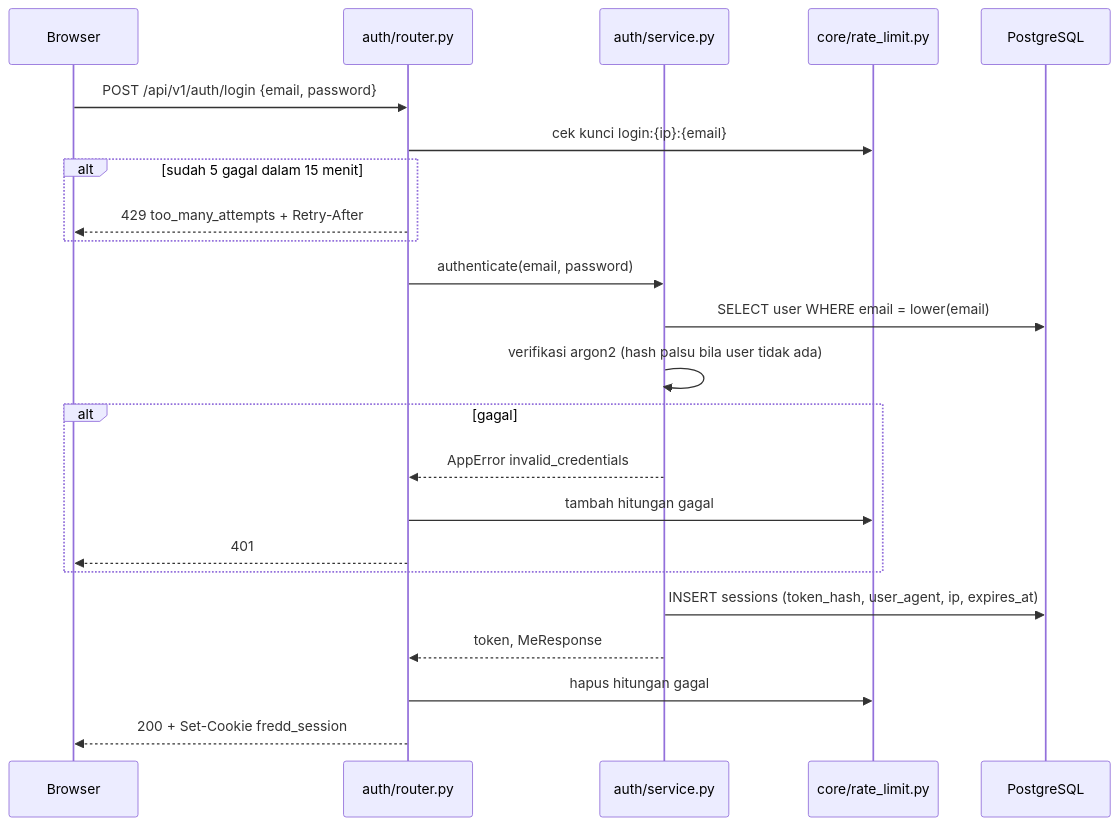
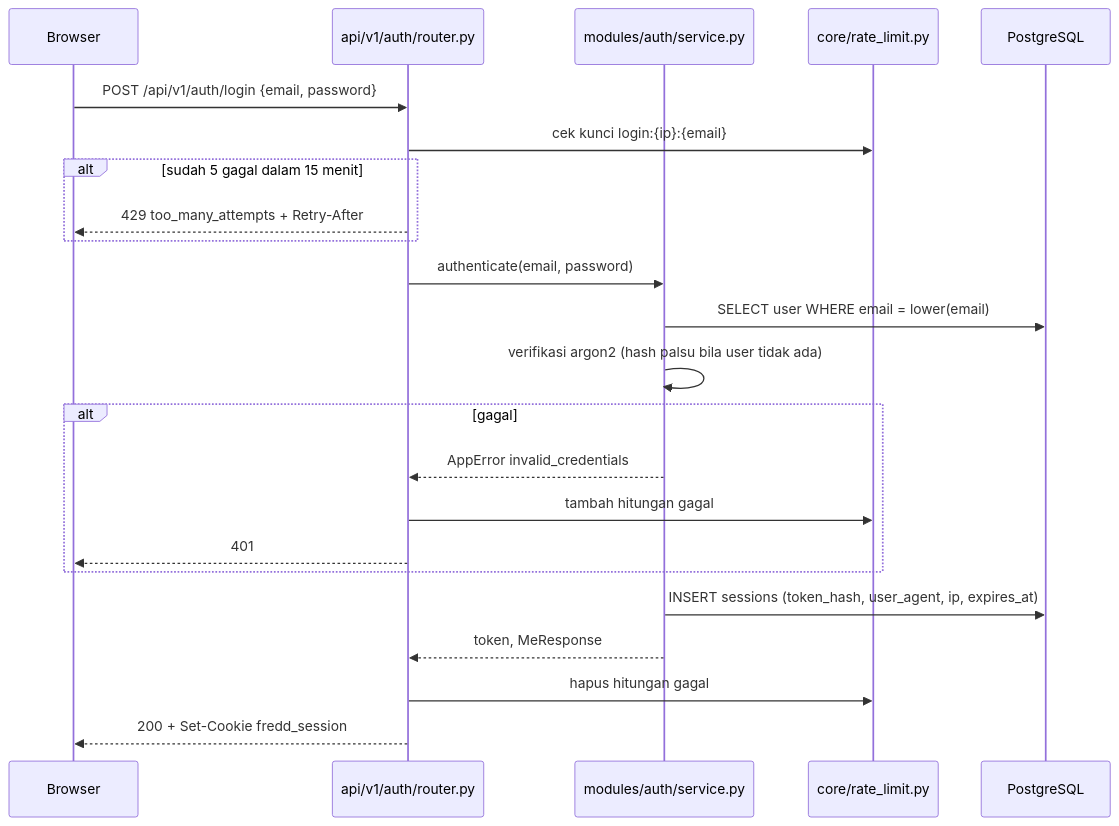
Before and after one commit to indrarasyid07/fredd-backend: the diagram in docs/06-domain-guides/auth.md, drawn with Mermaid. The commit also changed other lines of this file and 8 other files, not shown here.

````diff
--- a/docs/06-domain-guides/auth.md
+++ b/docs/06-domain-guides/auth.md
@@ -100,26 +100,26 @@
 ```mermaid
 sequenceDiagram
   participant B as Browser
-  participant R as auth/router.py
-  participant S as auth/service.py
+  participant R as api/v1/auth/router.py
+  participant S as modules/auth/service.py
   participant L as core/rate_limit.py
   participant D as PostgreSQL
 
   B->>R: POST /api/v1/auth/login {email, password}
   R->>L: cek kunci login:{ip}:{email}
   alt sudah 5 gagal dalam 15 menit
     R-->>B: 429 too_many_attempts + Retry-After
   end
   R->>S: authenticate(email, password)
   S->>D: SELECT user WHERE email = lower(email)
   S->>S: verifikasi argon2 (hash palsu bila user tidak ada)
   alt gagal
     S-->>R: AppError invalid_credentials
     R->>L: tambah hitungan gagal
     R-->>B: 401
   end
   S->>D: INSERT sessions (token_hash, user_agent, ip, expires_at)
   S-->>R: token, MeResponse
   R->>L: hapus hitungan gagal
   R-->>B: 200 + Set-Cookie fredd_session
 ```
````
